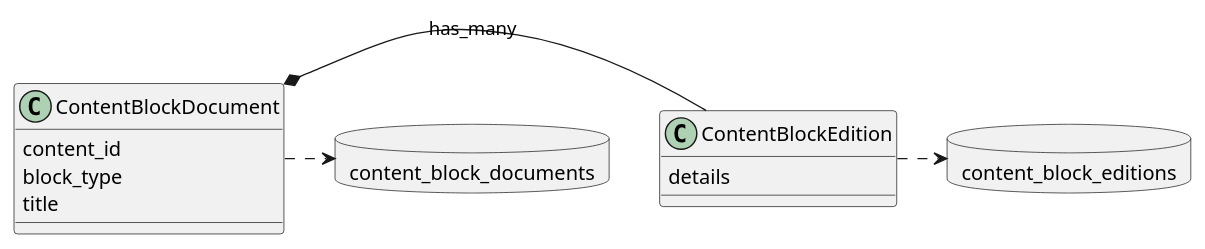
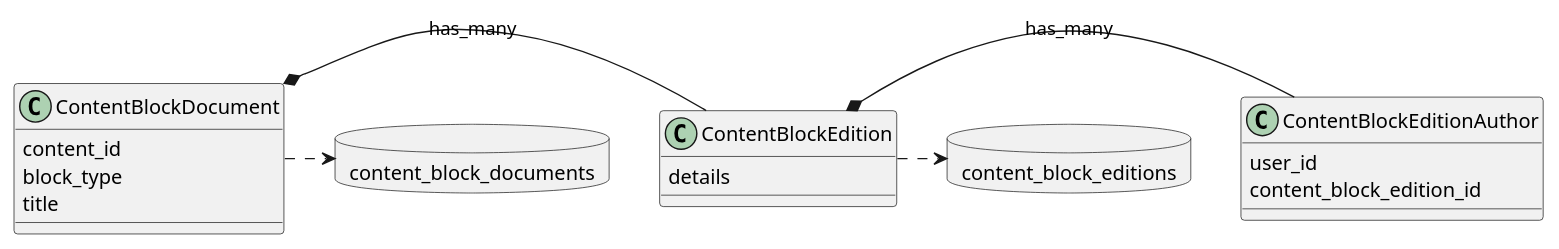
Before and after one commit to alphagov/whitehall: the diagram in docs/diagrams/object_store_models.puml, drawn with PlantUML. The commit also changed 1 other file, not shown here.

Commit message:
update UML diagram for Object Store classes

```diff
--- a/docs/diagrams/object_store_models.puml
+++ b/docs/diagrams/object_store_models.puml
@@ -1,25 +1,31 @@
 @startuml object_store_models
 allowmixing
 hide empty description
 
 together {
     class ContentBlockDocument {
         content_id
         block_type
         title
     }
     database content_block_documents
     ContentBlockDocument .> content_block_documents
 }
 
 together {
     class ContentBlockEdition {
         details
     }
     database content_block_editions
     ContentBlockEdition .> content_block_editions
 }
 
+class ContentBlockEditionAuthor {
+        user_id
+        content_block_edition_id
+}
+
 ContentBlockDocument *-r- ContentBlockEdition : "has_many"
+ContentBlockEdition *-r- ContentBlockEditionAuthor : "has_many"
 
 @enduml
```
